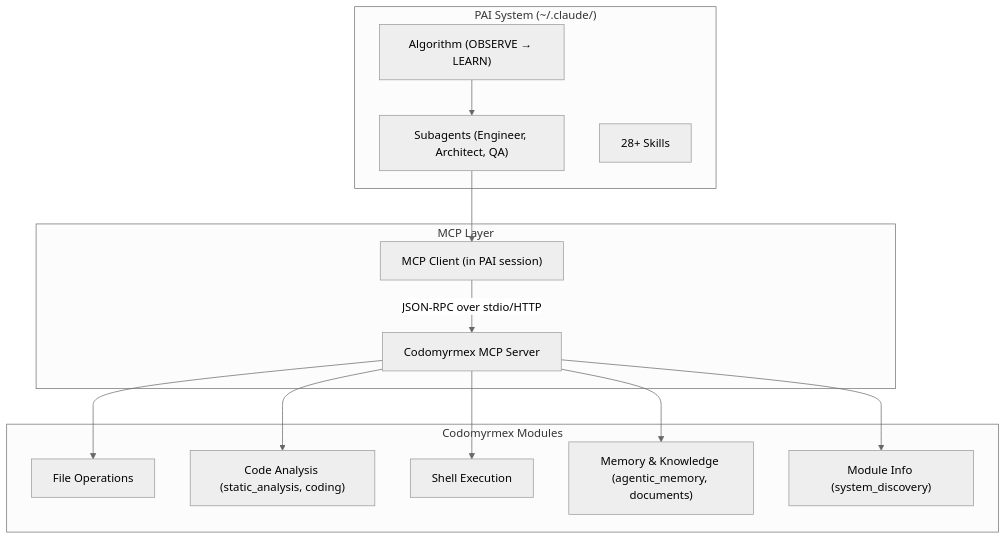
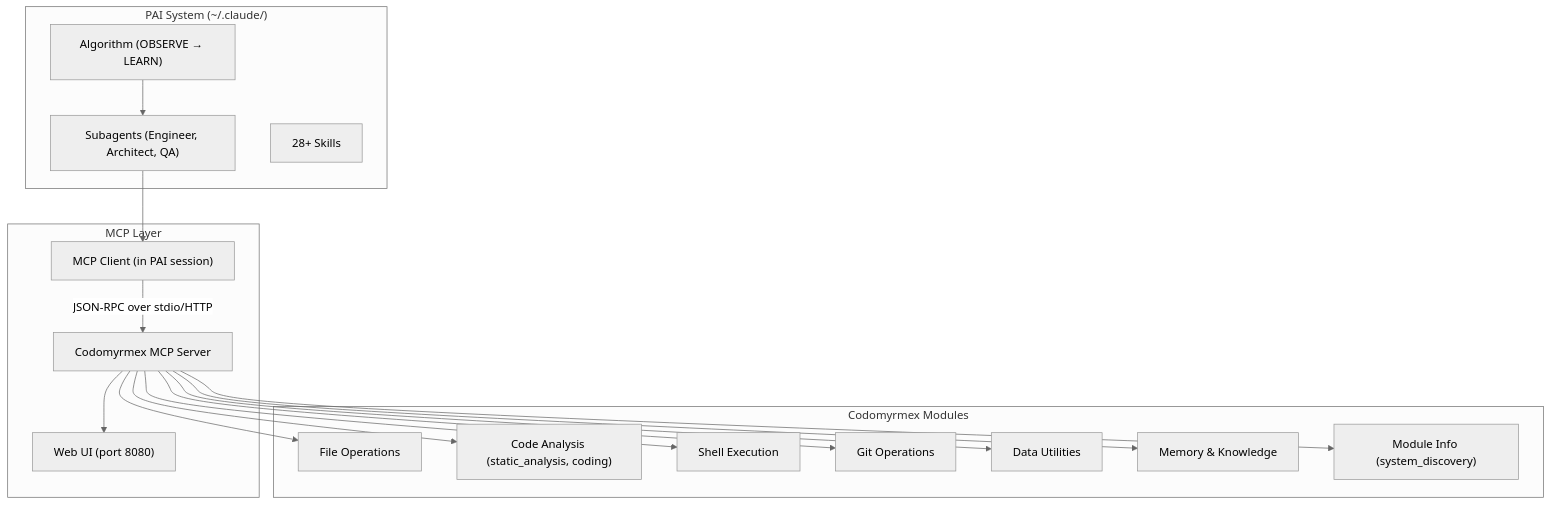
Before and after one commit to docxology/codomyrmex: the diagram in src/codomyrmex/model_context_protocol/PAI.md, drawn with Mermaid (neutral theme). The commit also changed other lines of this file and 91 other files, not shown here.

First line of the commit message:
MCP HTTP server with Web UI, website dashboard enhancements, and comprehensive PAI.md updates

````diff
--- a/src/codomyrmex/model_context_protocol/PAI.md
+++ b/src/codomyrmex/model_context_protocol/PAI.md
@@ -11,30 +11,36 @@
 ```mermaid
 graph TB
     subgraph PAI ["PAI System (~/.claude/)"]
         Algorithm["Algorithm (OBSERVE → LEARN)"]
         Agents["Subagents (Engineer, Architect, QA)"]
         Skills["28+ Skills"]
     end
 
     subgraph MCP ["MCP Layer"]
         Client["MCP Client (in PAI session)"]
         Server["Codomyrmex MCP Server"]
+        WebUI["Web UI (port 8080)"]
     end
 
     subgraph Codomyrmex ["Codomyrmex Modules"]
         FileTools["File Operations"]
         CodeTools["Code Analysis (static_analysis, coding)"]
         ShellTools["Shell Execution"]
-        MemoryTools["Memory & Knowledge (agentic_memory, documents)"]
+        GitTools["Git Operations"]
+        DataTools["Data Utilities"]
+        MemoryTools["Memory & Knowledge"]
         ModuleTools["Module Info (system_discovery)"]
     end
 
     Algorithm --> Agents
     Agents --> Client
     Client -->|"JSON-RPC over stdio/HTTP"| Server
+    Server --> WebUI
     Server --> FileTools
     Server --> CodeTools
     Server --> ShellTools
+    Server --> GitTools
+    Server --> DataTools
     Server --> MemoryTools
     Server --> ModuleTools
 ```
````
